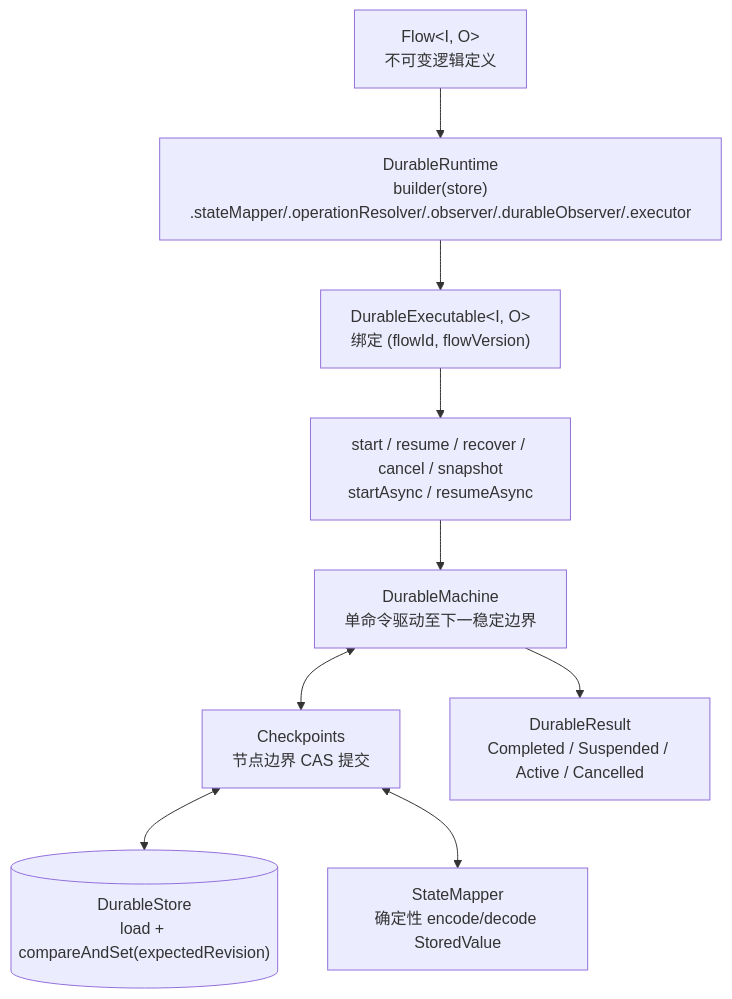
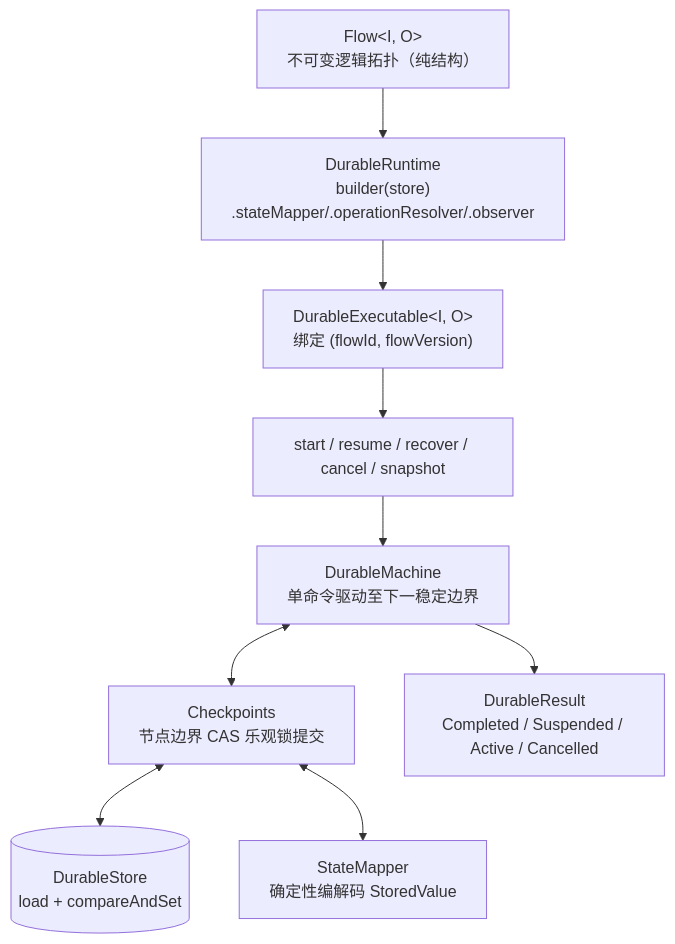
One commit to team4u/team4u-framework changed the diagram in docs/flow/flow-durable.md. Above: the diagram before and after it, drawn with Mermaid. The commit also changed other lines of this file and 9 other files, not shown here.

Commit message:
docs(flow): 对齐全站标准风格，移除数字序号与非标口语化表达

````diff
--- a/docs/flow/flow-durable.md
+++ b/docs/flow/flow-durable.md
@@ -23,11 +9,11 @@
 ```mermaid
 graph TD
-    F["Flow&lt;I, O&gt;<br/>不可变逻辑定义"] --> RT["DurableRuntime<br/>builder(store)<br/>.stateMapper/.operationResolver/.observer/.durableObserver/.executor"]
+    F["Flow&lt;I, O&gt;<br/>不可变逻辑拓扑（纯结构）"] --> RT["DurableRuntime<br/>builder(store)<br/>.stateMapper/.operationResolver/.observer"]
     RT --> EX["DurableExecutable&lt;I, O&gt;<br/>绑定 (flowId, flowVersion)"]
-    EX --> CMD["start / resume / recover / cancel / snapshot<br/>startAsync / resumeAsync"]
+    EX --> CMD["start / resume / recover / cancel / snapshot"]
     CMD --> M["DurableMachine<br/>单命令驱动至下一稳定边界"]
-    M <--> CK["Checkpoints<br/>节点边界 CAS 提交"]
-    CK <--> ST[("DurableStore<br/>load + compareAndSet(expectedRevision)")]
-    CK <--> SM["StateMapper<br/>确定性 encode/decode StoredValue"]
+    M <--> CK["Checkpoints<br/>节点边界 CAS 乐观锁提交"]
+    CK <--> ST[("DurableStore<br/>load + compareAndSet")]
+    CK <--> SM["StateMapper<br/>确定性编解码 StoredValue"]
     M --> RES["DurableResult<br/>Completed / Suspended / Active / Cancelled"]
 ```
````
